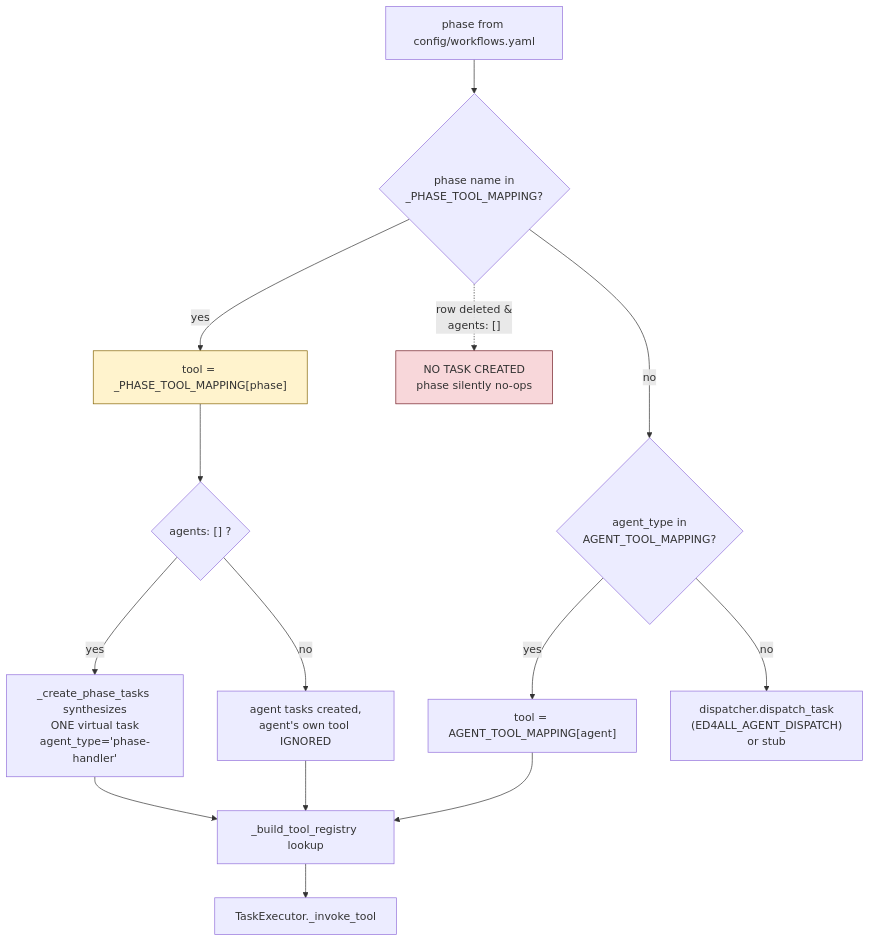
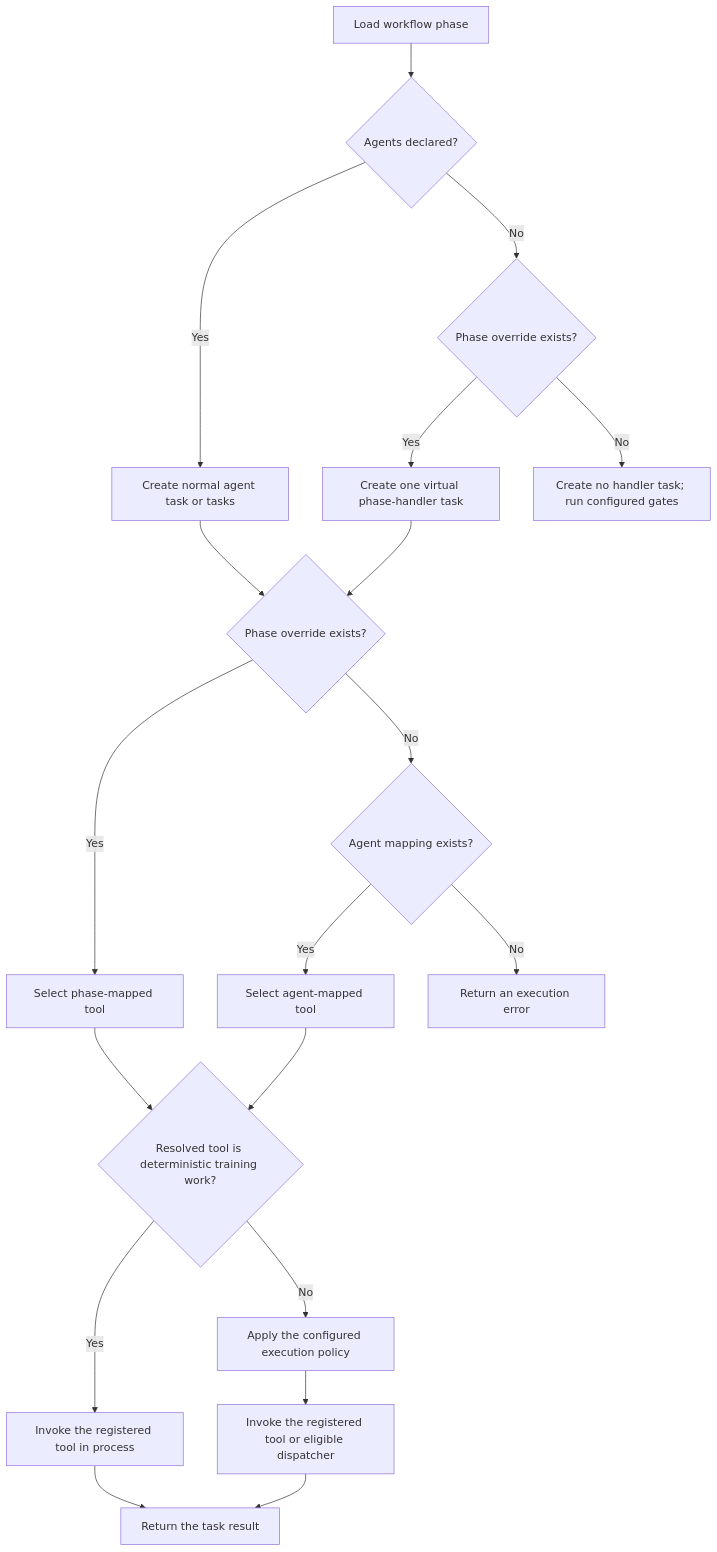
The diagram in docs/architecture/ADR-004-phase-name-dispatch.md (mdmurphy822/Ed4All), drawn with Mermaid before and after one commit. The commit also changed other lines of this file, not shown here.

Commit message:
docs(architecture): rebuild phase dispatch decision

````diff
--- a/docs/architecture/ADR-004-phase-name-dispatch.md
+++ b/docs/architecture/ADR-004-phase-name-dispatch.md
@@ -144,23 +82,23 @@
 ```mermaid
 flowchart TD
-    A["phase from config/workflows.yaml"] --> B{"phase name in<br/>_PHASE_TOOL_MAPPING?"}
+    P["Load workflow phase"] --> A{"Agents declared?"}
+    A -- Yes --> T["Create normal agent task or tasks"]
+    A -- No --> M{"Phase override exists?"}
+    M -- Yes --> V["Create one virtual phase-handler task"]
+    M -- No --> G["Create no handler task; run configured gates"]
 
-    B -- yes --> C["tool = _PHASE_TOOL_MAPPING[phase]"]
-    C --> C2{"agents: [] ?"}
-    C2 -- yes --> C3["_create_phase_tasks synthesizes<br/>ONE virtual task<br/>agent_type='phase-handler'"]
-    C2 -- no --> C4["agent tasks created,<br/>agent's own tool IGNORED"]
+    T --> R{"Phase override exists?"}
+    V --> R
+    R -- Yes --> PT["Select phase-mapped tool"]
+    R -- No --> AR{"Agent mapping exists?"}
+    AR -- Yes --> AT["Select agent-mapped tool"]
+    AR -- No --> E["Return an execution error"]
 
-    B -- no --> D{"agent_type in<br/>AGENT_TOOL_MAPPING?"}
-    D -- yes --> E["tool = AGENT_TOOL_MAPPING[agent]"]
-    D -- no --> F["dispatcher.dispatch_task<br/>(ED4ALL_AGENT_DISPATCH)<br/>or stub"]
-
-    C3 --> G["_build_tool_registry lookup"]
-    C4 --> G
-    E --> G
-    G --> H["TaskExecutor._invoke_tool"]
-
-    B -. "row deleted &<br/>agents: [] " .-> X["NO TASK CREATED<br/>phase silently no-ops"]
-
-    style X fill:#f8d7da,stroke:#721c24
-    style C fill:#fff3cd,stroke:#856404
+    PT --> D{"Resolved tool is deterministic training work?"}
+    AT --> D
+    D -- Yes --> I["Invoke the registered tool in process"]
+    D -- No --> X["Apply the configured execution policy"]
+    X --> L["Invoke the registered tool or eligible dispatcher"]
+    I --> O["Return the task result"]
+    L --> O
 ```
````
